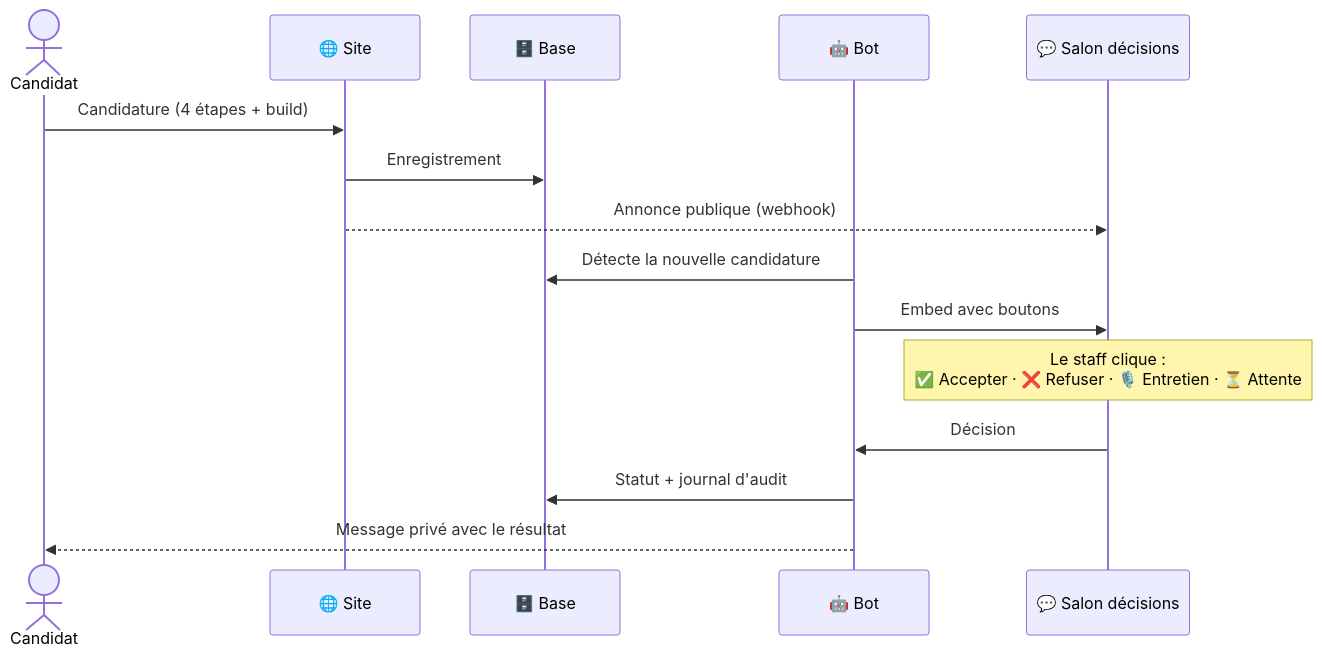
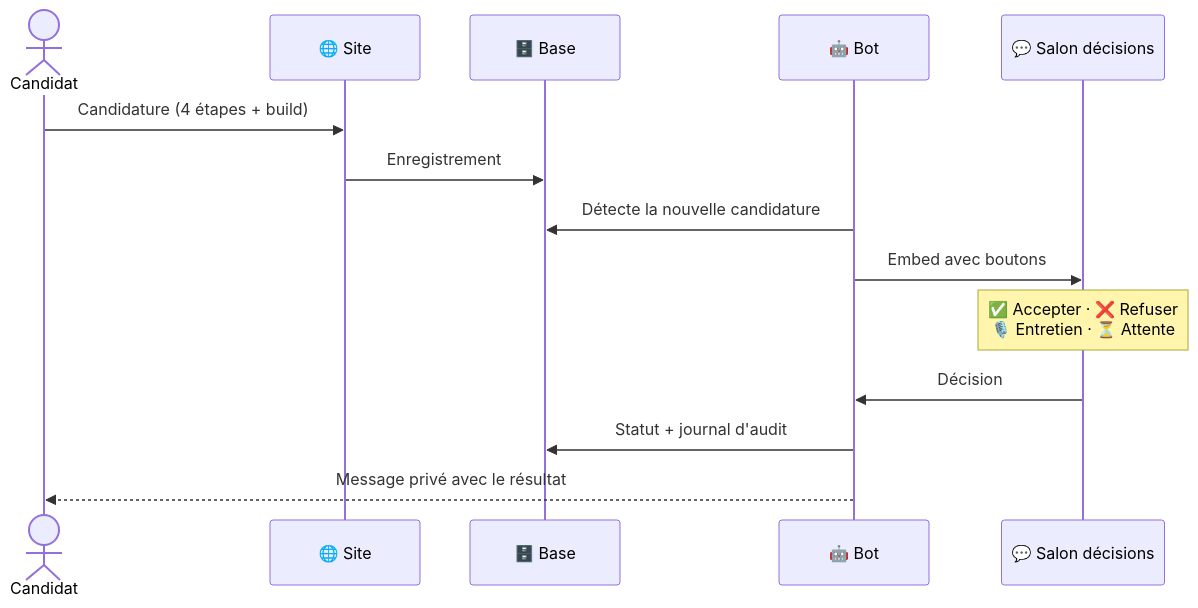
One commit to maximedespaux/vanguardmmo changed the fifth of 7 diagrams in README.md. Above: the diagram before and after it, drawn with Mermaid. The commit also changed other lines of this file, not shown here.

````diff
--- a/README.md
+++ b/README.md
@@ -104,18 +202,17 @@
 ```mermaid
 sequenceDiagram
     actor C as Candidat
     participant S as 🌐 Site
     participant B as 🗄️ Base
     participant T as 🤖 Bot
     participant D as 💬 Salon décisions
 
     C->>S: Candidature (4 étapes + build)
     S->>B: Enregistrement
-    S-->>D: Annonce publique (webhook)
     T->>B: Détecte la nouvelle candidature
     T->>D: Embed avec boutons
-    Note over D: Le staff clique :<br/>✅ Accepter · ❌ Refuser · 🎙️ Entretien · ⏳ Attente
+    Note over D: ✅ Accepter · ❌ Refuser<br/>🎙️ Entretien · ⏳ Attente
     D->>T: Décision
     T->>B: Statut + journal d'audit
     T-->>C: Message privé avec le résultat
 ```
````
